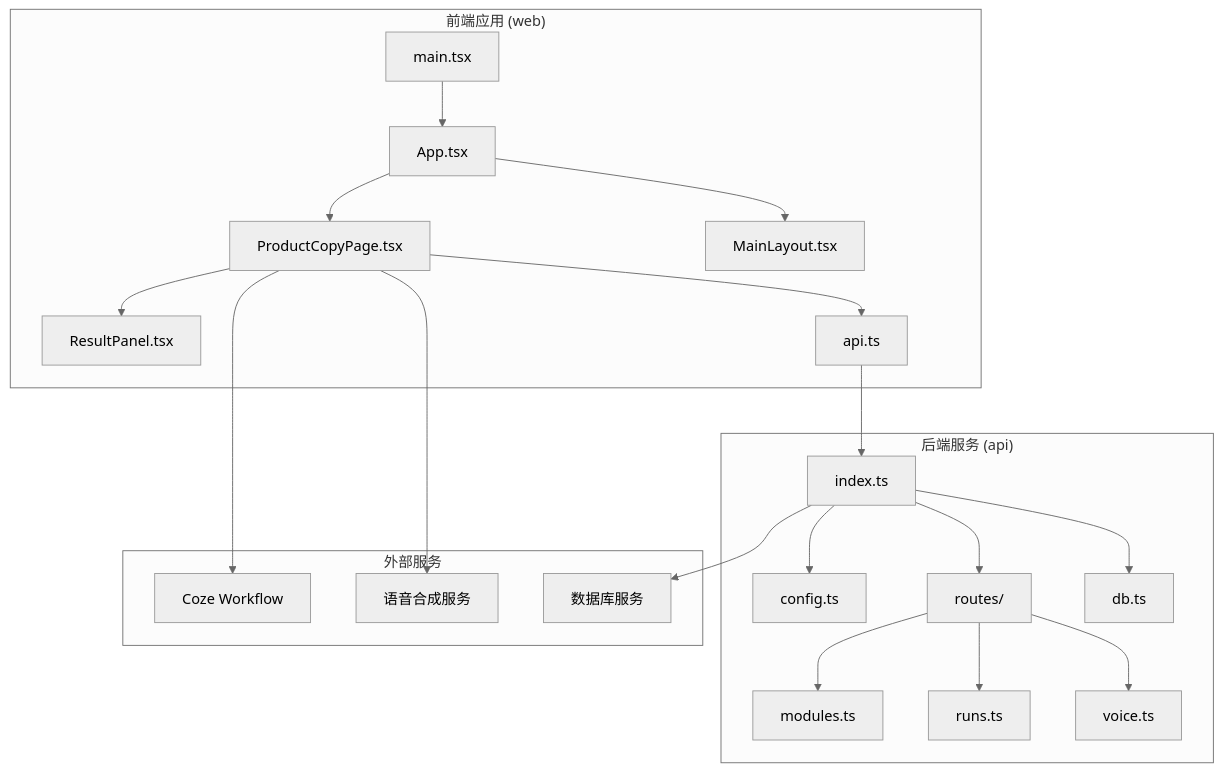
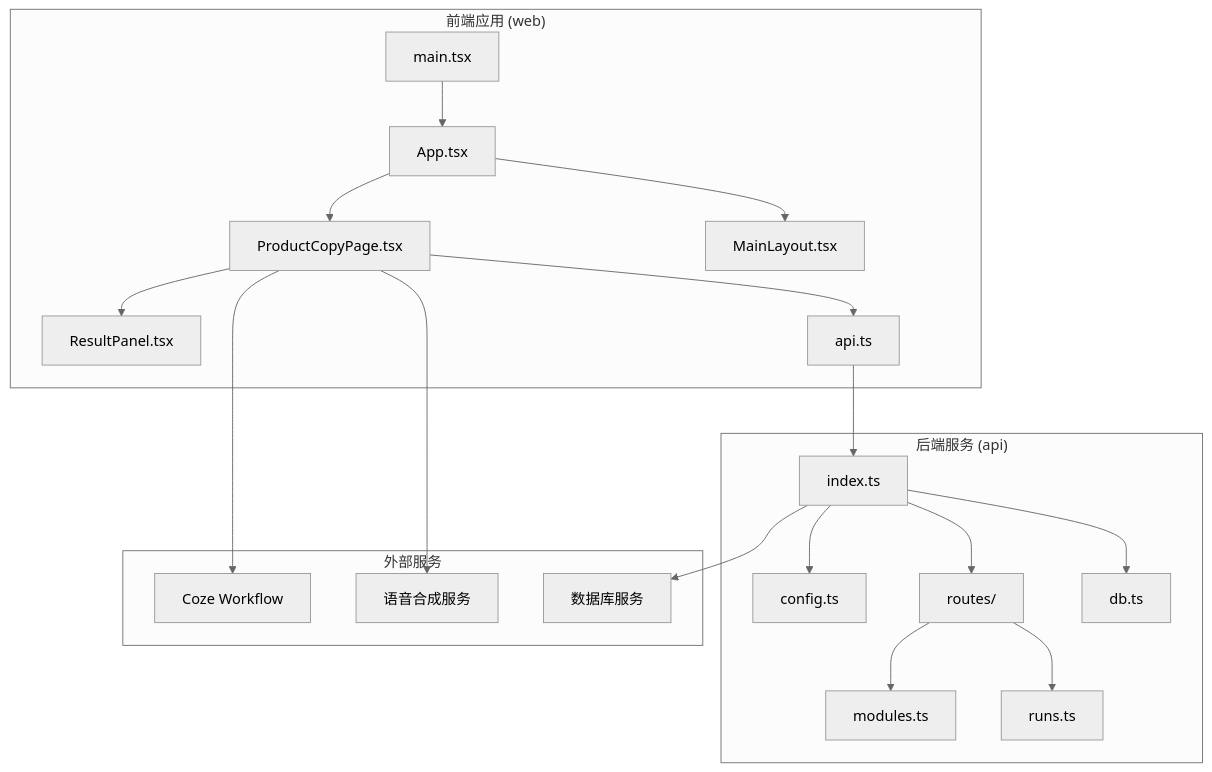
Before and after one commit to hanksd769-droid/sailshub: the first of 10 diagrams in .qoder/repowiki/zh/content/Product Copy Page.md, drawn with Mermaid (neutral theme). The commit also changed other lines of this file and 6 other files, not shown here.

````diff
--- a/.qoder/repowiki/zh/content/Product Copy Page.md
+++ b/.qoder/repowiki/zh/content/Product Copy Page.md
@@ -52,27 +58,26 @@
 ```mermaid
 graph TB
 subgraph "前端应用 (web)"
 A[main.tsx] --> B[App.tsx]
 B --> C[ProductCopyPage.tsx]
 B --> D[MainLayout.tsx]
 C --> E[ResultPanel.tsx]
 C --> F[api.ts]
 end
 subgraph "后端服务 (api)"
 G[index.ts] --> H[config.ts]
 G --> I[routes/]
 I --> J[modules.ts]
 I --> K[runs.ts]
-I --> L[voice.ts]
-G --> M[db.ts]
+G --> L[db.ts]
 end
 subgraph "外部服务"
-N[Coze Workflow]
-O[语音合成服务]
-P[数据库服务]
+M[Coze Workflow]
+N[语音合成服务]
+O[数据库服务]
 end
 F --> G
+C --> M
 C --> N
-C --> O
-G --> P
+G --> O
 ```
````
